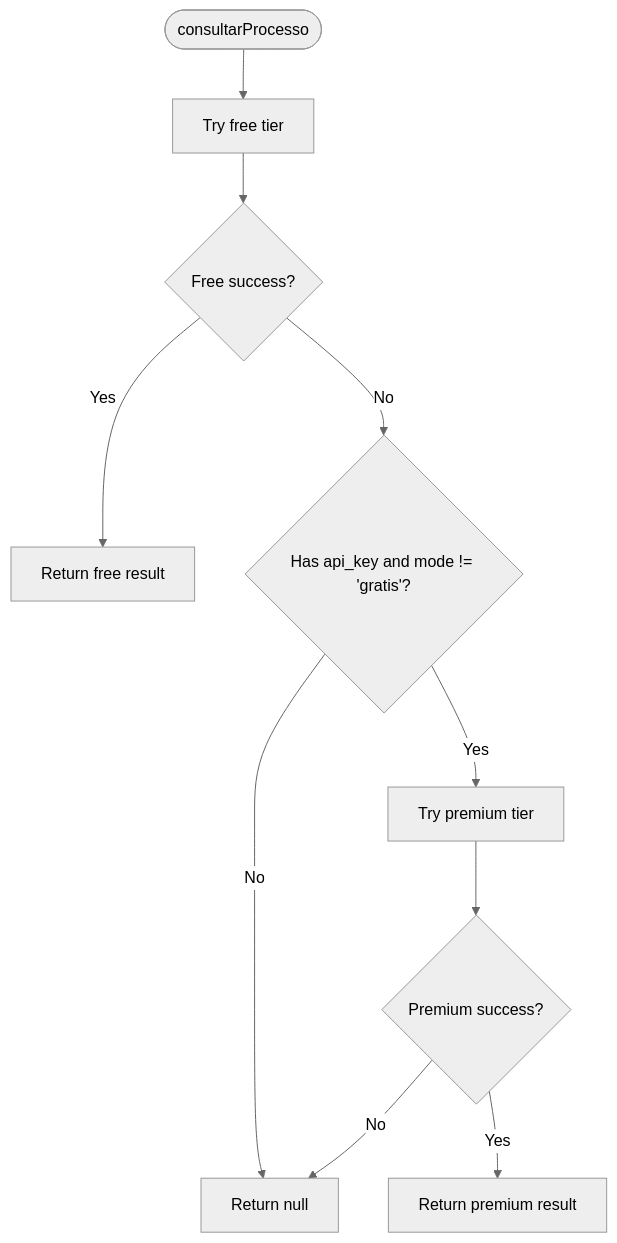
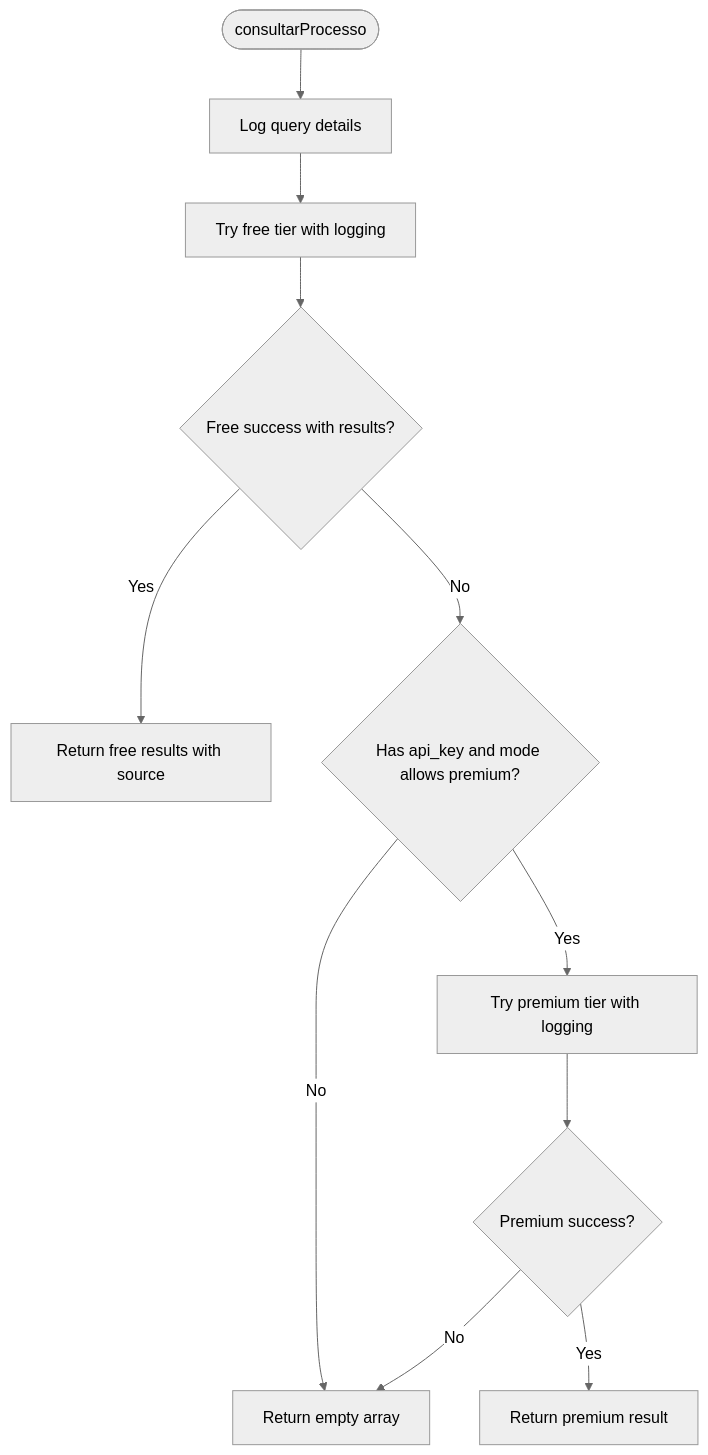
One commit to Alexandrexicara/bot-processos changed the fifth of 10 diagrams in .qoder/repowiki/en/content/API Integration Layer/Fallback and Error Handling.md. Above: the diagram before and after it, drawn with Mermaid (neutral theme). The commit also changed other lines of this file and 5 other files, not shown here.

````diff
--- a/.qoder/repowiki/en/content/API Integration Layer/Fallback and Error Handling.md
+++ b/.qoder/repowiki/en/content/API Integration Layer/Fallback and Error Handling.md
@@ -208,12 +238,13 @@
 ```mermaid
 flowchart TD
-Start(["consultarProcesso"]) --> FreeAttempt["Try free tier"]
-FreeAttempt --> FreeSuccess{"Free success?"}
-FreeSuccess --> |Yes| ReturnFree["Return free result"]
-FreeSuccess --> |No| CheckUser{"Has api_key and mode != 'gratis'?"}
-CheckUser --> |No| ReturnNull["Return null"]
-CheckUser --> |Yes| PremiumAttempt["Try premium tier"]
+Start(["consultarProcesso"]) --> LogStart["Log query details"]
+LogStart --> FreeAttempt["Try free tier with logging"]
+FreeAttempt --> FreeSuccess{"Free success with results?"}
+FreeSuccess --> |Yes| ReturnFree["Return free results with source"]
+FreeSuccess --> |No| CheckUser{"Has api_key and mode allows premium?"}
+CheckUser --> |No| ReturnEmpty["Return empty array"]
+CheckUser --> |Yes| PremiumAttempt["Try premium tier with logging"]
 PremiumAttempt --> PremiumSuccess{"Premium success?"}
 PremiumSuccess --> |Yes| ReturnPremium["Return premium result"]
-PremiumSuccess --> |No| ReturnNull
+PremiumSuccess --> |No| ReturnEmpty
 ```
````
